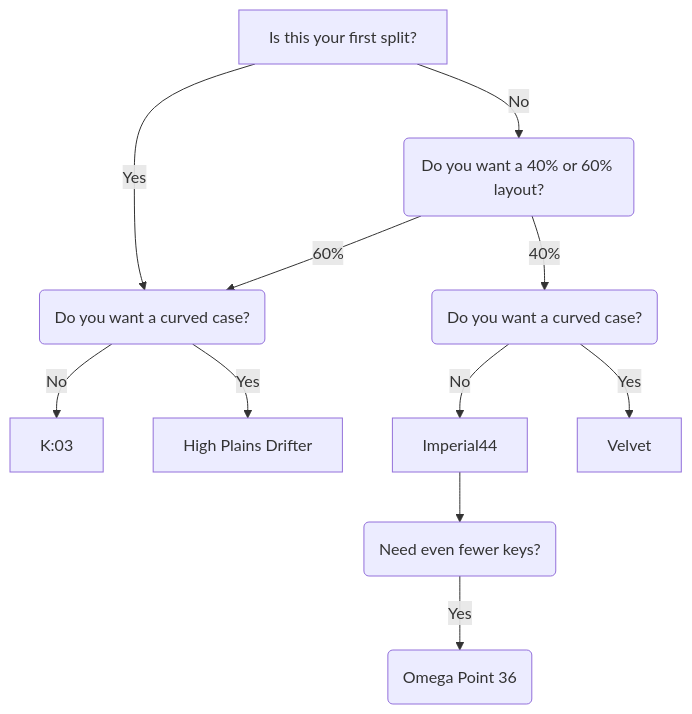
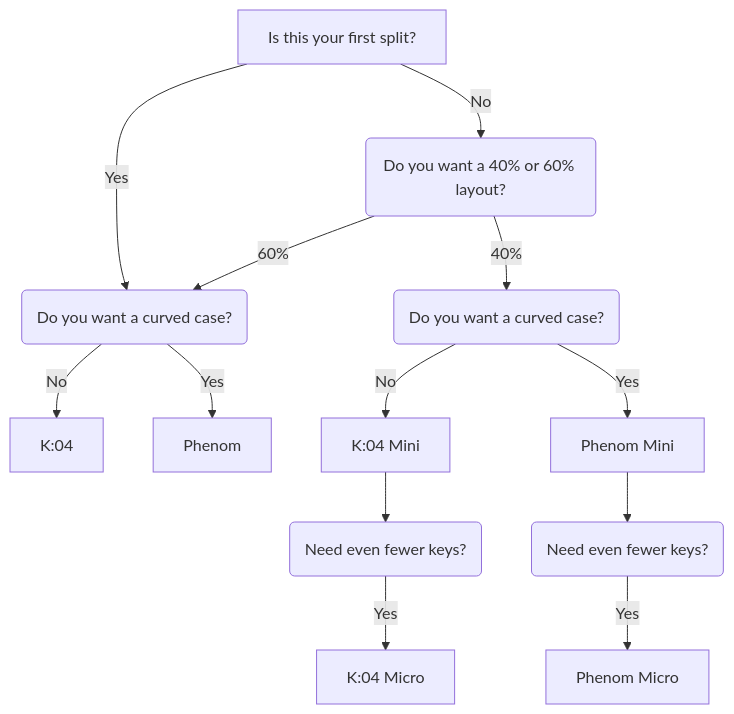
One commit to D19ital/docs changed the diagram in content/new.en.md. Above: the diagram before and after it, drawn with Mermaid. The commit also changed other lines of this file, not shown here.

````diff
--- a/content/new.en.md
+++ b/content/new.en.md
@@ -173,24 +179,28 @@
 ```mermaid
 flowchart TD;
 
     First[Is this your first split?] -- Yes --> Q3
     First -- No --> Second
 
     Second(Do you want a 40% or 60% layout?) -- 40% --> Q4(Do you want a curved case?)
     Second -- 60% --> Q3(Do you want a curved case?)
 
-    Q3 -- No --> K03[K:03]
-    Q3 -- Yes --> HPD[High Plains Drifter]
+    Q3 -- No --> K04[K:04]
+    Q3 -- Yes --> Phenom[Phenom]
 
-    Q4 -- No --> I44[Imperial44]
-    Q4 -- Yes --> V[Velvet]
+    Q4 -- No --> K04_Mini[K:04 Mini]
+    Q4 -- Yes --> Phenom_Mini[Phenom Mini]
 
-    I44 --> Q5(Need even fewer keys?)
-    Q5 -- Yes --> OP36(Omega Point 36)
+    K04_Mini --> Q5(Need even fewer keys?)
+    Q5 -- Yes --> K04_Micro[K:04 Micro]
 
-    click K03 "https://eh.industries/k03" _blank
-    click HPD "https://eh.industries/hpd" _blank
-    click I44 "https://eh.industries/imperial44" _blank
-    click V "https://eh.industries/velvet" _blank
-    click OP36 "https://eh.industries/op36" _blank
+    Phenom_Mini --> Q6(Need even fewer keys?)
+    Q6 -- Yes --> Phenom_Micro[Phenom Micro]
+
+    click K04 "https://eh.industries/shop/tproduct/767494027-753257791163-k04" _blank
+    click Phenom "https://eh.industries/shop/tproduct/767494027-549625025652-phenom" _blank
+    click K04_Mini "https://eh.industries/shop/tproduct/767494027-901597181103-k04-mini" _blank
+    click Phenom_Mini "https://eh.industries/shop/tproduct/767494027-395786351472-phenom-mini" _blank
+    click K04_Micro "https://eh.industries/shop/tproduct/767494027-627218219263-k04-micro" _blank
+    click Phenom_Micro "https://eh.industries/shop/tproduct/767494027-687509759292-phenom-micro" _blank
 ```
````
